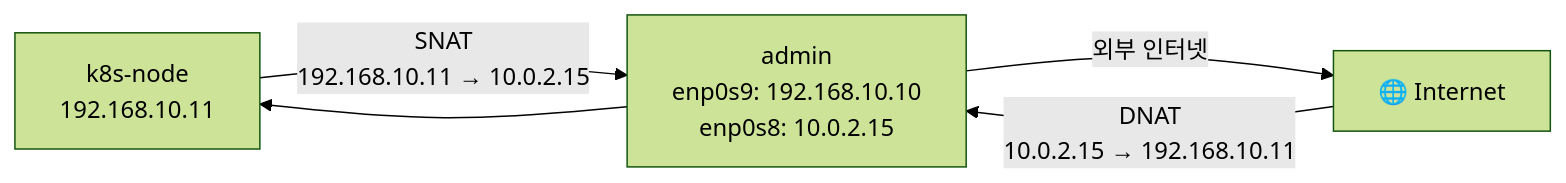
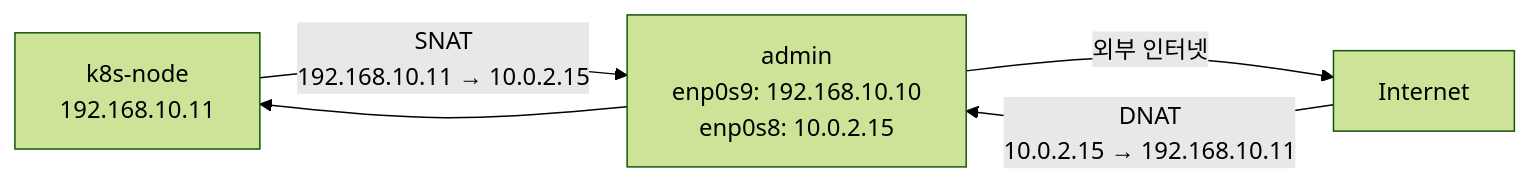
Before and after one commit to juwon8891/juwon8891.github.io: the second of 8 diagrams in docs/k8s-deploy/week6-kubespray-offline.md, drawn with Mermaid (forest theme). The commit also changed other lines of this file and 29 other files, not shown here.

````diff
--- a/docs/k8s-deploy/week6-kubespray-offline.md
+++ b/docs/k8s-deploy/week6-kubespray-offline.md
@@ -138,9 +147,9 @@
 ```mermaid
 graph LR
     K8sNode["k8s-node<br/>192.168.10.11"] -->|"SNAT<br/>192.168.10.11 → 10.0.2.15"| Admin["admin<br/>enp0s9: 192.168.10.10<br/>enp0s8: 10.0.2.15"]
-    Admin -->|"외부 인터넷"| Internet["🌐 Internet"]
+    Admin -->|"외부 인터넷"| Internet[" Internet"]
 
     Internet -->|"DNAT<br/>10.0.2.15 → 192.168.10.11"| Admin
     Admin --> K8sNode
 
 ```
````
